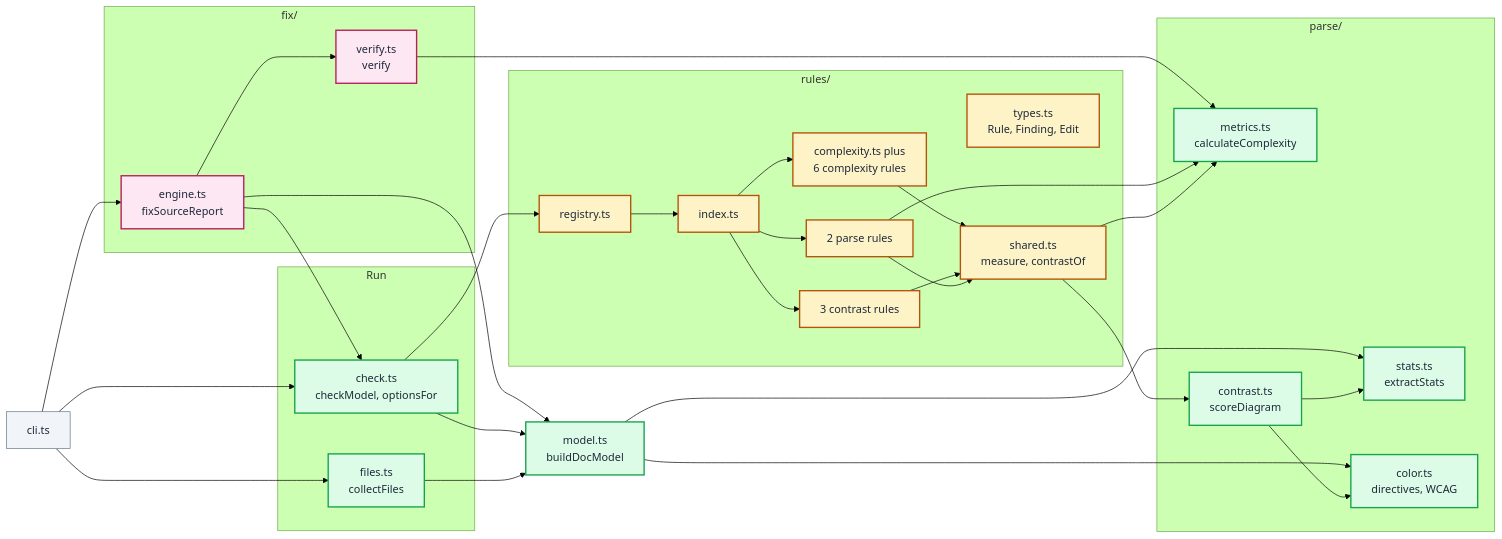
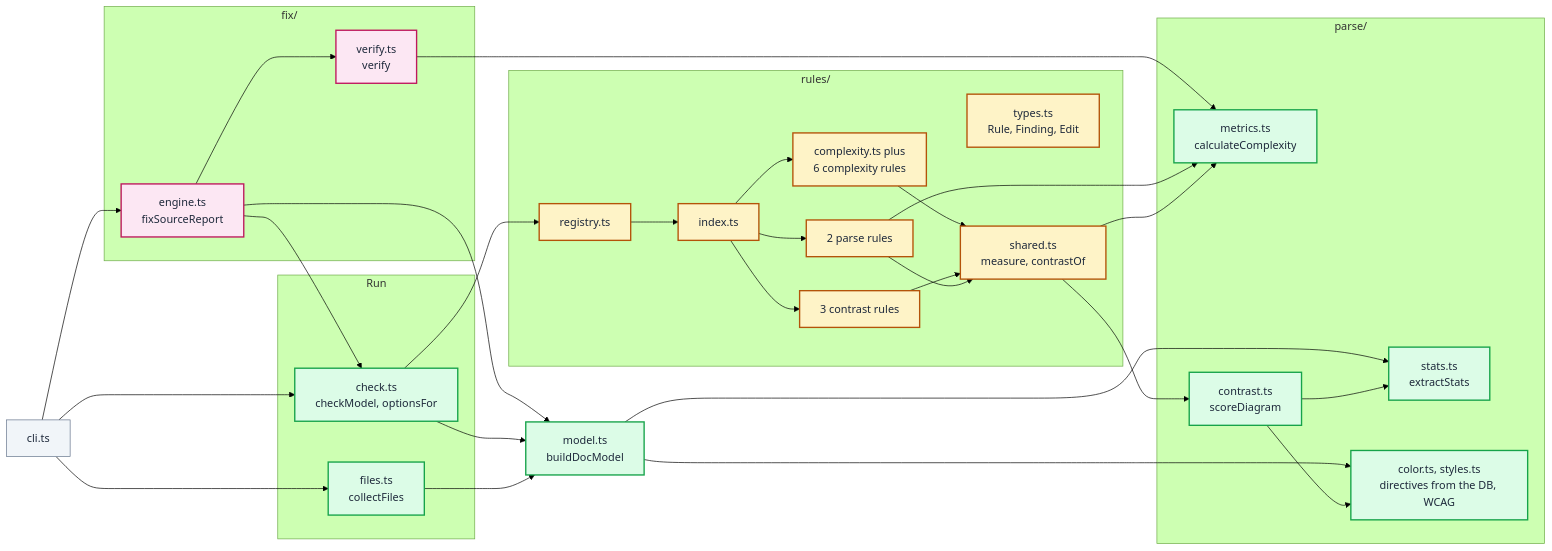
One commit to jpeakai/jpai-mermaidjs-lint changed the third of 15 diagrams in docs/ARCHITECTURE.md. Above: the diagram before and after it, drawn with Mermaid (forest theme). The commit also changed other lines of this file and 18 other files, not shown here.

First line of the commit message:
Read style directives and contrast positions from mermaid's parser

````diff
--- a/docs/ARCHITECTURE.md
+++ b/docs/ARCHITECTURE.md
@@ -128,62 +129,62 @@
 ```mermaid
 flowchart LR
     CLI["cli.ts"]
     subgraph Run["Run"]
         FLS["files.ts<br/>collectFiles"]
         CHK["check.ts<br/>checkModel, optionsFor"]
     end
     subgraph Fix["fix/"]
         ENG["engine.ts<br/>fixSourceReport"]
         VER["verify.ts<br/>verify"]
     end
     subgraph Rules["rules/"]
         REG["registry.ts"]
         RIDX["index.ts"]
         TYP["types.ts<br/>Rule, Finding, Edit"]
         SHR["shared.ts<br/>measure, contrastOf"]
         CPX["complexity.ts plus<br/>6 complexity rules"]
         CON["3 contrast rules"]
         PRS["2 parse rules"]
     end
     MDL["model.ts<br/>buildDocModel"]
     subgraph Parse["parse/"]
         STA["stats.ts<br/>extractStats"]
         MET["metrics.ts<br/>calculateComplexity"]
-        COL["color.ts<br/>directives, WCAG"]
+        COL["color.ts, styles.ts<br/>directives from the DB, WCAG"]
         CTR["contrast.ts<br/>scoreDiagram"]
     end
 
     CLI --> FLS
     CLI --> CHK
     CLI --> ENG
     ENG --> CHK
     ENG --> VER
     ENG --> MDL
     CHK --> MDL
     CHK --> REG
     VER --> MET
     REG --> RIDX
     RIDX --> CPX
     RIDX --> CON
     RIDX --> PRS
     CPX --> SHR
     CON --> SHR
     PRS --> SHR
     PRS --> MET
     SHR --> MET
     SHR --> CTR
     MDL --> STA
     MDL --> COL
     CTR --> COL
     CTR --> STA
     FLS --> MDL
 
     classDef entry fill:#f1f5f9,stroke:#64748b,color:#1e293b,stroke-width:1px
     classDef rules fill:#fef3c7,stroke:#b45309,color:#1e293b,stroke-width:2px
     classDef doc fill:#dcfce7,stroke:#16a34a,color:#1e293b,stroke-width:2px
     classDef fix fill:#fce7f3,stroke:#be185d,color:#1e293b,stroke-width:2px
     class CLI entry
     class REG,RIDX,TYP,SHR,CPX,CON,PRS rules
     class FLS,CHK,MDL,STA,MET,COL,CTR doc
     class ENG,VER fix
 ```
````
